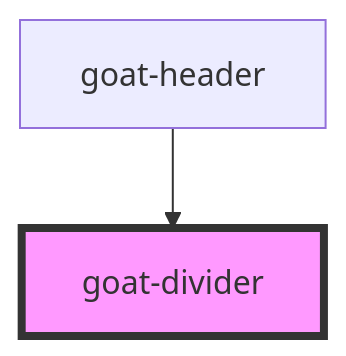
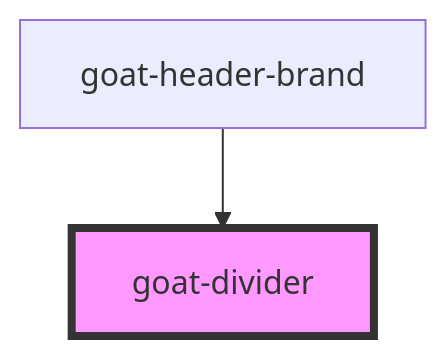
The diagram in src/components/content/divider/readme.md (goatui/components), drawn with Mermaid before and after one commit. The commit also changed other lines of this file and 8 other files, not shown here.

````diff
--- a/src/components/content/divider/readme.md
+++ b/src/components/content/divider/readme.md
@@ -22,5 +22,5 @@
 ```mermaid
 graph TD;
-  goat-header --> goat-divider
+  goat-header-brand --> goat-divider
   style goat-divider fill:#f9f,stroke:#333,stroke-width:4px
 ```
````
